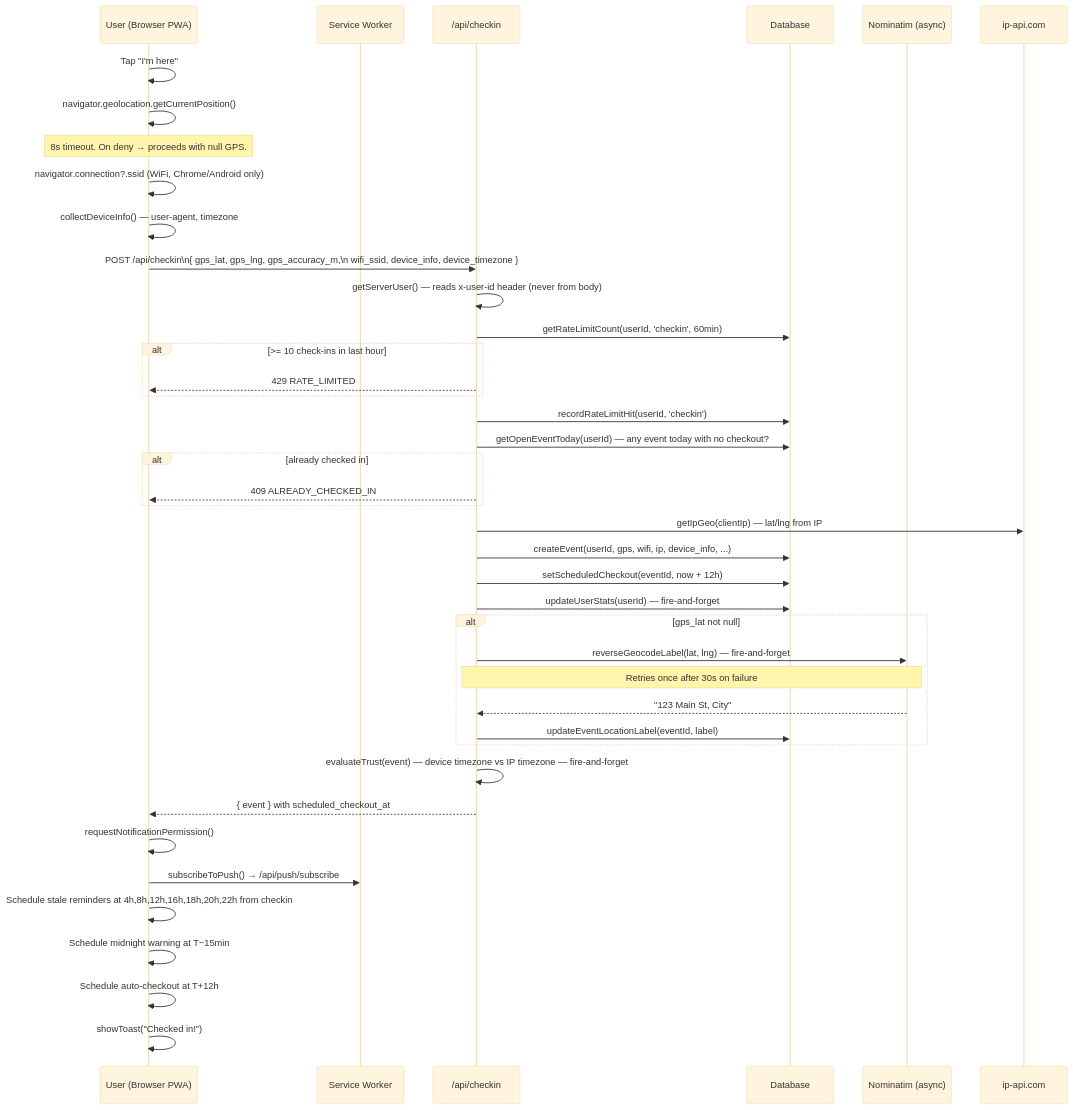
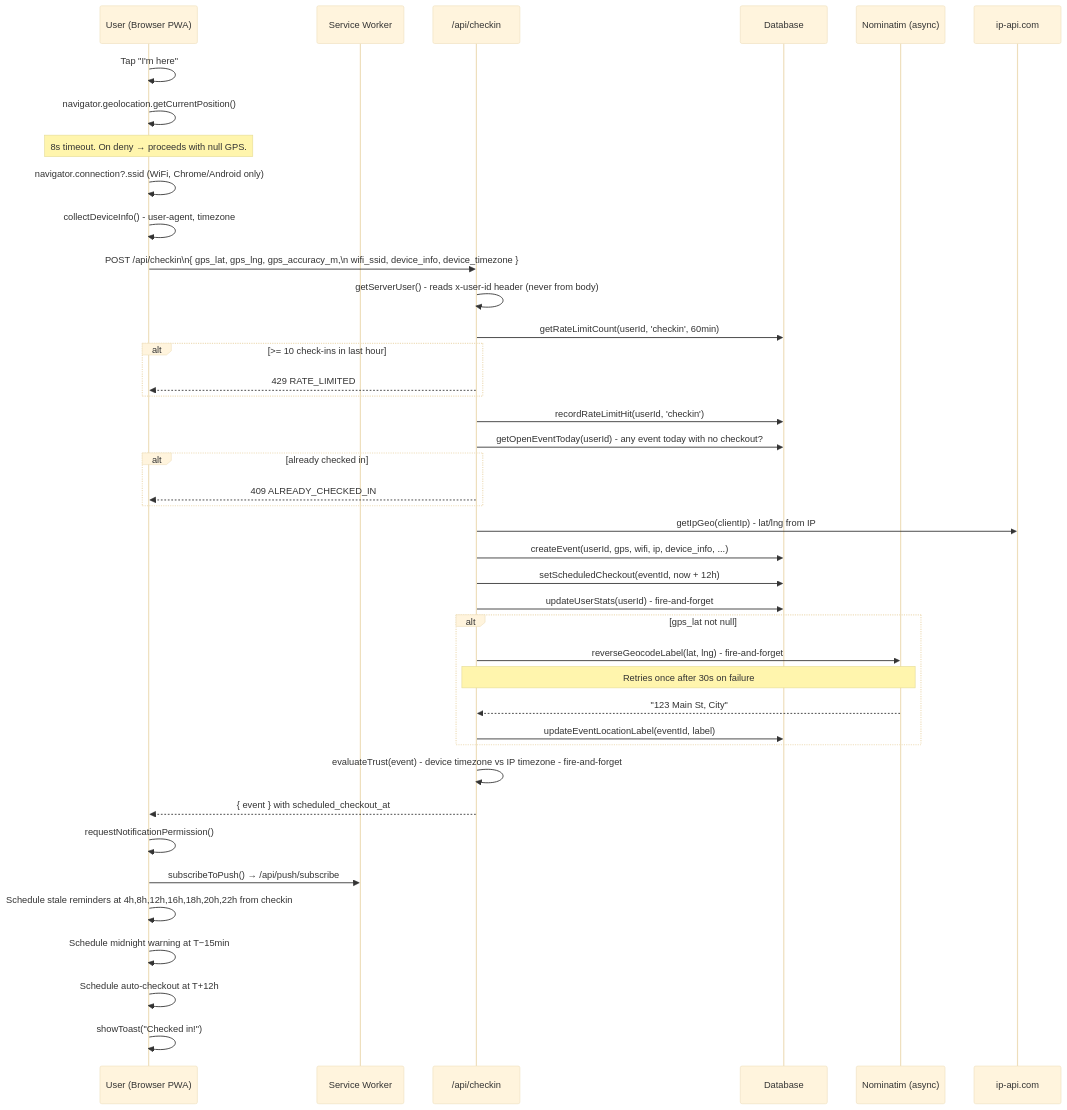
One commit to ksharma20/checkmark changed the first of 6 diagrams in docs/architecture/checkin-flow.md. Above: the diagram before and after it, drawn with Mermaid (base theme). The commit also changed other lines of this file and 75 other files, not shown here.

````diff
--- a/docs/architecture/checkin-flow.md
+++ b/docs/architecture/checkin-flow.md
@@ -7,52 +7,52 @@
 ```mermaid
 sequenceDiagram
   participant U as User (Browser PWA)
   participant SW as Service Worker
   participant API as /api/checkin
   participant DB as Database
   participant Nom as Nominatim (async)
   participant IPAPI as ip-api.com
 
   U->>U: Tap "I'm here"
   U->>U: navigator.geolocation.getCurrentPosition()
   Note over U: 8s timeout. On deny → proceeds with null GPS.
   U->>U: navigator.connection?.ssid (WiFi, Chrome/Android only)
-  U->>U: collectDeviceInfo() — user-agent, timezone
+  U->>U: collectDeviceInfo() - user-agent, timezone
 
   U->>API: POST /api/checkin\n{ gps_lat, gps_lng, gps_accuracy_m,\n  wifi_ssid, device_info, device_timezone }
 
-  API->>API: getServerUser() — reads x-user-id header (never from body)
+  API->>API: getServerUser() - reads x-user-id header (never from body)
   API->>DB: getRateLimitCount(userId, 'checkin', 60min)
   alt >= 10 check-ins in last hour
     API-->>U: 429 RATE_LIMITED
   end
   API->>DB: recordRateLimitHit(userId, 'checkin')
-  API->>DB: getOpenEventToday(userId) — any event today with no checkout?
+  API->>DB: getOpenEventToday(userId) - any event today with no checkout?
   alt already checked in
     API-->>U: 409 ALREADY_CHECKED_IN
   end
 
-  API->>IPAPI: getIpGeo(clientIp) — lat/lng from IP
+  API->>IPAPI: getIpGeo(clientIp) - lat/lng from IP
   API->>DB: createEvent(userId, gps, wifi, ip, device_info, ...)
 
   API->>DB: setScheduledCheckout(eventId, now + 12h)
-  API->>DB: updateUserStats(userId) — fire-and-forget
+  API->>DB: updateUserStats(userId) - fire-and-forget
 
   alt gps_lat not null
-    API->>Nom: reverseGeocodeLabel(lat, lng) — fire-and-forget
+    API->>Nom: reverseGeocodeLabel(lat, lng) - fire-and-forget
     Note over API, Nom: Retries once after 30s on failure
     Nom-->>API: "123 Main St, City"
     API->>DB: updateEventLocationLabel(eventId, label)
   end
 
-  API->>API: evaluateTrust(event) — device timezone vs IP timezone — fire-and-forget
+  API->>API: evaluateTrust(event) - device timezone vs IP timezone - fire-and-forget
 
   API-->>U: { event } with scheduled_checkout_at
 
   U->>U: requestNotificationPermission()
   U->>SW: subscribeToPush() → /api/push/subscribe
   U->>U: Schedule stale reminders at 4h,8h,12h,16h,18h,20h,22h from checkin
   U->>U: Schedule midnight warning at T−15min
   U->>U: Schedule auto-checkout at T+12h
   U->>U: showToast("Checked in!")
 ```
````
